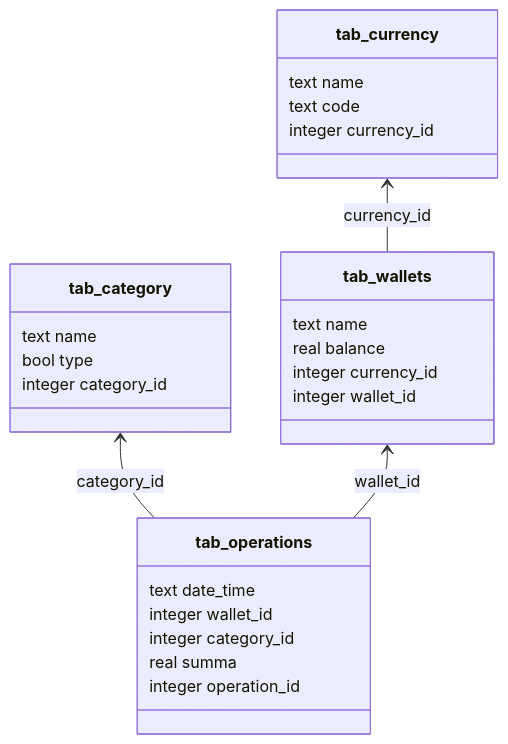
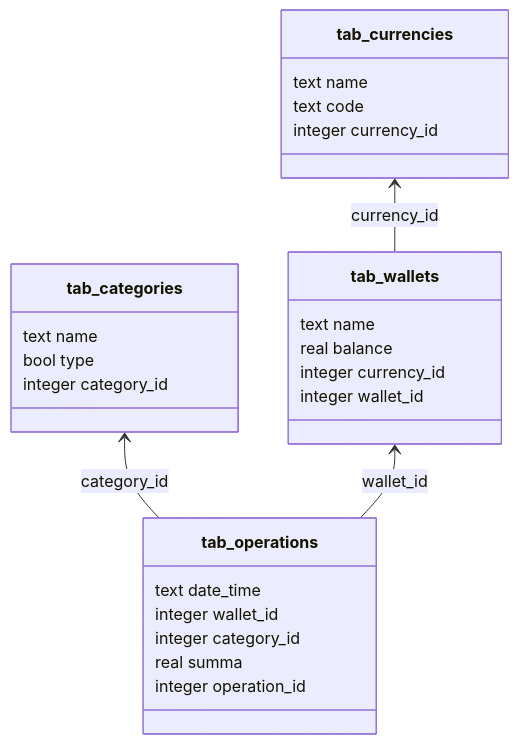
Before and after one commit to it-top-shambala/PersonalFinanceAccounting: the second of 2 diagrams in Documentation/database_tables_diagram.md, drawn with Mermaid.

````diff
--- a/Documentation/database_tables_diagram.md
+++ b/Documentation/database_tables_diagram.md
@@ -47,31 +47,31 @@
 ```mermaid
 classDiagram
 direction BT
-class tab_category {
+class tab_categories {
    text name
    bool type
    integer category_id
 }
-class tab_currency {
+class tab_currencies {
    text name
    text code
    integer currency_id
 }
 class tab_operations {
    text date_time
    integer wallet_id
    integer category_id
    real summa
    integer operation_id
 }
 class tab_wallets {
    text name
    real balance
    integer currency_id
    integer wallet_id
 }
 
-tab_operations  -->  tab_category : category_id
+tab_operations  -->  tab_categories : category_id
 tab_operations  -->  tab_wallets : wallet_id
-tab_wallets  -->  tab_currency : currency_id
+tab_wallets  -->  tab_currencies : currency_id
 ```
````
